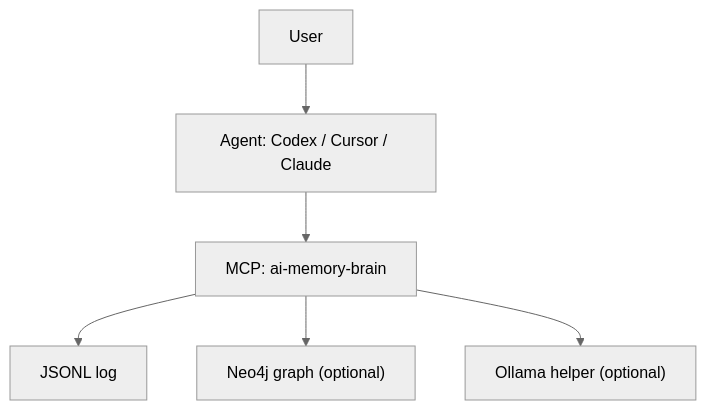
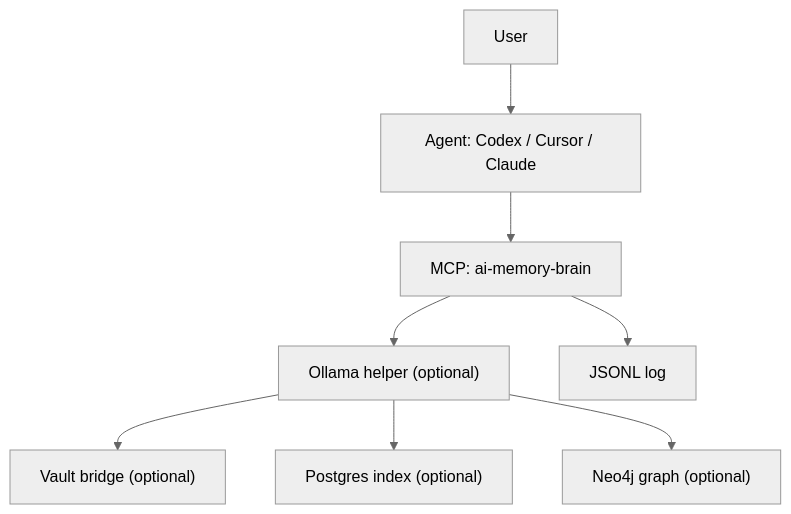
The first of 4 diagrams in README.md (akushniruk/ai-memory-brain), drawn with Mermaid (neutral theme) before and after one commit. The commit also changed other lines of this file and 22 other files, not shown here.

````diff
--- a/README.md
+++ b/README.md
@@ -37,8 +43,10 @@
 ```mermaid
 flowchart TD
   U["User"] --> A["Agent: Codex / Cursor / Claude"]
   A --> M["MCP: ai-memory-brain"]
+  M --> O["Ollama helper (optional)"]
   M --> J["JSONL log"]
-  M --> G["Neo4j graph (optional)"]
-  M --> O["Ollama helper (optional)"]
+  O --> V["Vault bridge (optional)"]
+  O --> P["Postgres index (optional)"]
+  O --> G["Neo4j graph (optional)"]
 ```
````
